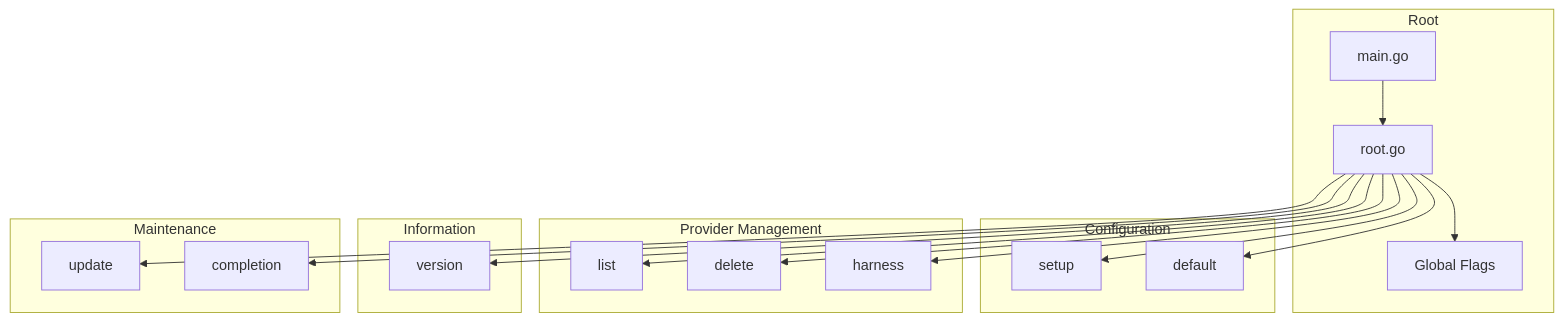
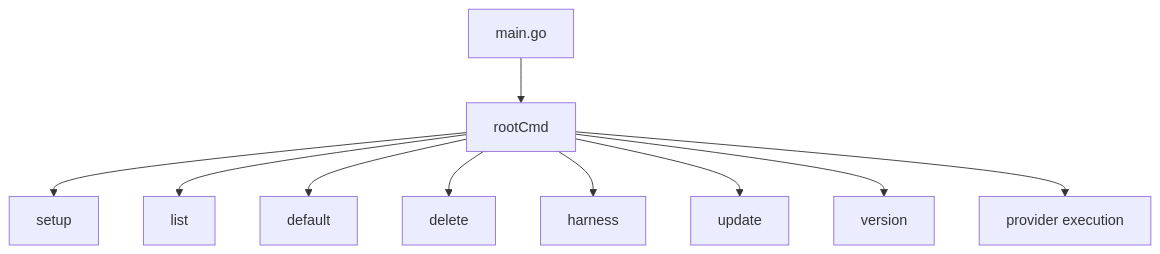
The diagram in cmd/README.md (dkmnx/kairo), drawn with Mermaid before and after one commit. The commit also changed other lines of this file and 8 other files, not shown here.

````diff
--- a/cmd/README.md
+++ b/cmd/README.md
@@ -21,27 +24,12 @@
 ```mermaid
 flowchart TB
-    subgraph Root
-        Main[main.go] --> RootCmd[root.go]
-        RootCmd --> Flags[Global Flags]
-    end
-
-    subgraph Configuration
-        RootCmd --> Setup[setup]
-        RootCmd --> Default[default]
-    end
-
-    subgraph Provider Management
-        RootCmd --> List[list]
-        RootCmd --> Delete[delete]
-        RootCmd --> Harness[harness]
-    end
-
-    subgraph Information
-        RootCmd --> Version[version]
-    end
-
-    subgraph Maintenance
-        RootCmd --> Update[update]
-        RootCmd --> Completion[completion]
-    end
+    Main[main.go] --> Root[rootCmd]
+    Root --> Setup[setup]
+    Root --> List[list]
+    Root --> Default[default]
+    Root --> Delete[delete]
+    Root --> Harness[harness]
+    Root --> Update[update]
+    Root --> Version[version]
+    Root --> Exec[provider execution]
 ```
````
